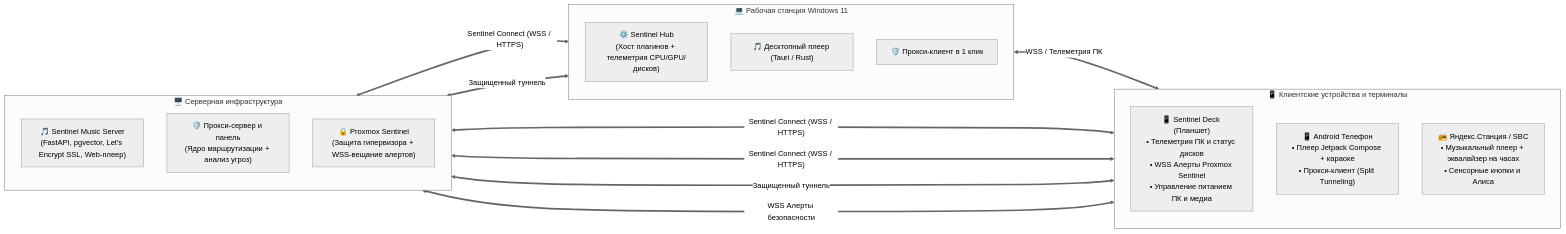
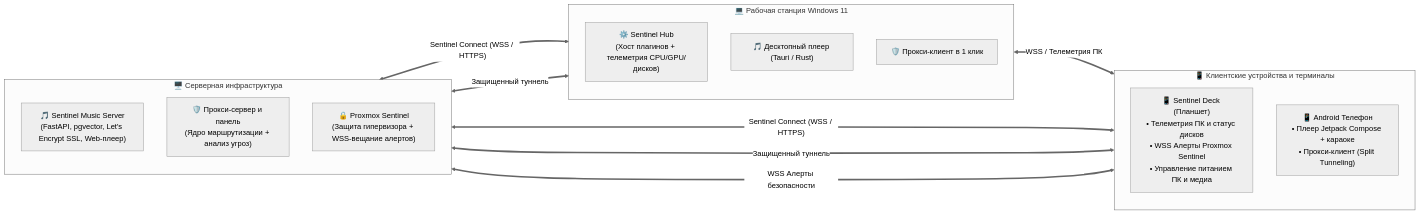
Before and after one commit to blackalex1/Sentinel-Ecosystem: the diagram in README.md, drawn with Mermaid (neutral theme). The commit also changed other lines of this file, not shown here.

Commit message:
docs: remove all mentions of smart speakers and Yandex Station from ecosystem README

````diff
--- a/README.md
+++ b/README.md
@@ -84,31 +72,29 @@
 ```mermaid
 flowchart LR
     subgraph Server[" 🖥️ Серверная инфраструктура "]
         direction TB
         MusicServer["🎵 Sentinel Music Server<br/>(FastAPI, pgvector, Let's Encrypt SSL, Web-плеер)"]
         ProxyServer["🛡️ Прокси-сервер и панель<br/>(Ядро маршрутизации + анализ угроз)"]
         ProxmoxNode["🔒 Proxmox Sentinel<br/>(Защита гипервизора + WSS-вещание алертов)"]
     end
 
     subgraph Desktop[" 💻 Рабочая станция Windows 11 "]
         direction TB
         SentinelHub["⚙️ Sentinel Hub<br/>(Хост плагинов + телеметрия CPU/GPU/дисков)"]
         WindowsMusic["🎵 Десктопный плеер (Tauri / Rust)"]
         WindowsProxy["🛡️ Прокси-клиент в 1 клик"]
     end
 
     subgraph Devices[" 📱 Клиентские устройства и терминалы "]
         direction TB
         SentinelDeck["📱 Sentinel Deck (Планшет)<br/>• Телеметрия ПК и статус дисков<br/>• WSS Алерты Proxmox Sentinel<br/>• Управление питанием ПК и медиа"]
         AndroidApp["📱 Android Телефон<br/>• Плеер Jetpack Compose + караоке<br/>• Прокси-клиент (Split Tunneling)"]
-        StationApp["📻 Яндекс.Станция / SBC<br/>• Музыкальный плеер + эквалайзер на часах<br/>• Сенсорные кнопки и Алиса"]
     end
 
     MusicServer <== "Sentinel Connect (WSS / HTTPS)" ==> AndroidApp
     MusicServer <== "Sentinel Connect (WSS / HTTPS)" ==> WindowsMusic
-    MusicServer <== "Sentinel Connect (WSS / HTTPS)" ==> StationApp
     ProxyServer <== "Защищенный туннель" ==> AndroidApp
     ProxyServer <== "Защищенный туннель" ==> WindowsProxy
     SentinelHub <== "WSS / Телеметрия ПК" ==> SentinelDeck
     ProxmoxNode <== "WSS Алерты безопасности" ==> SentinelDeck
 ```
````
